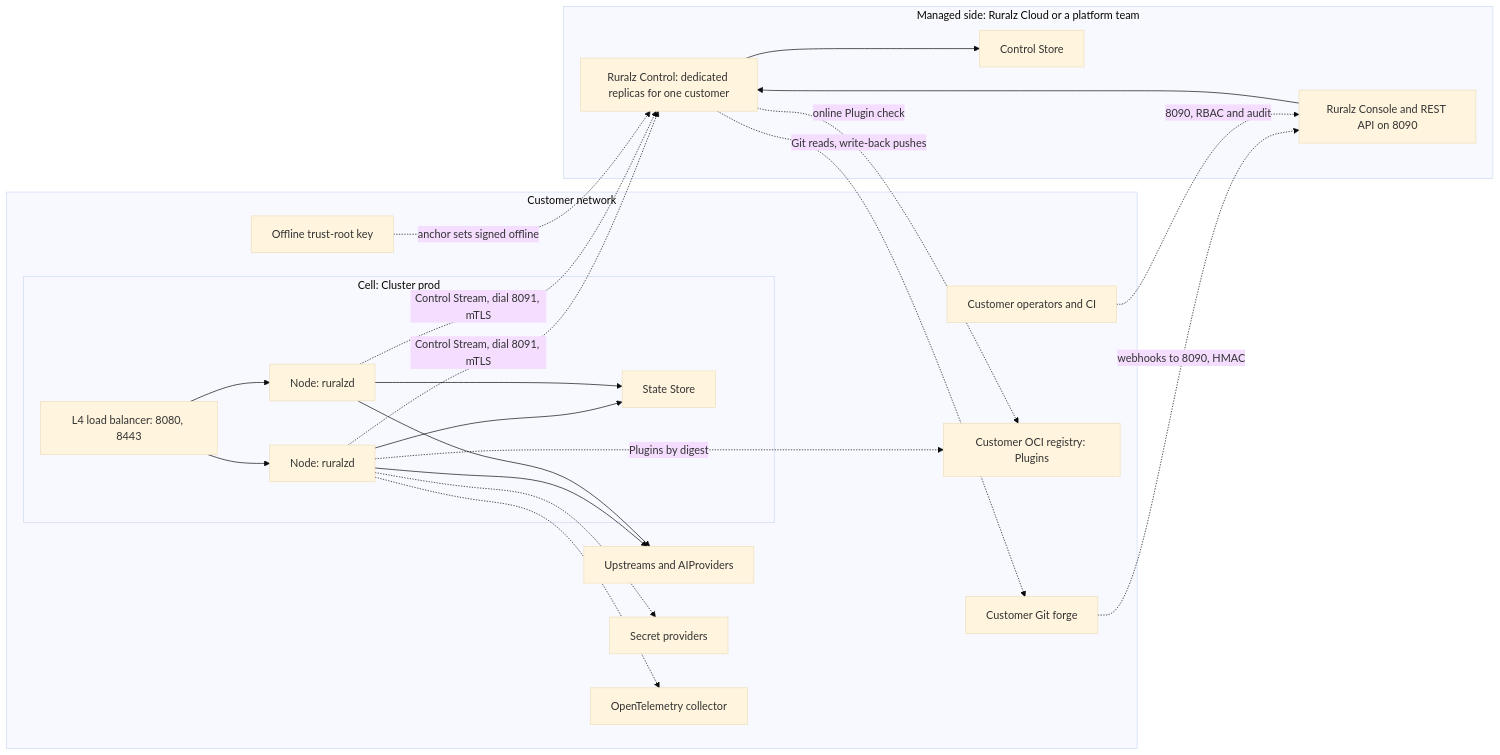
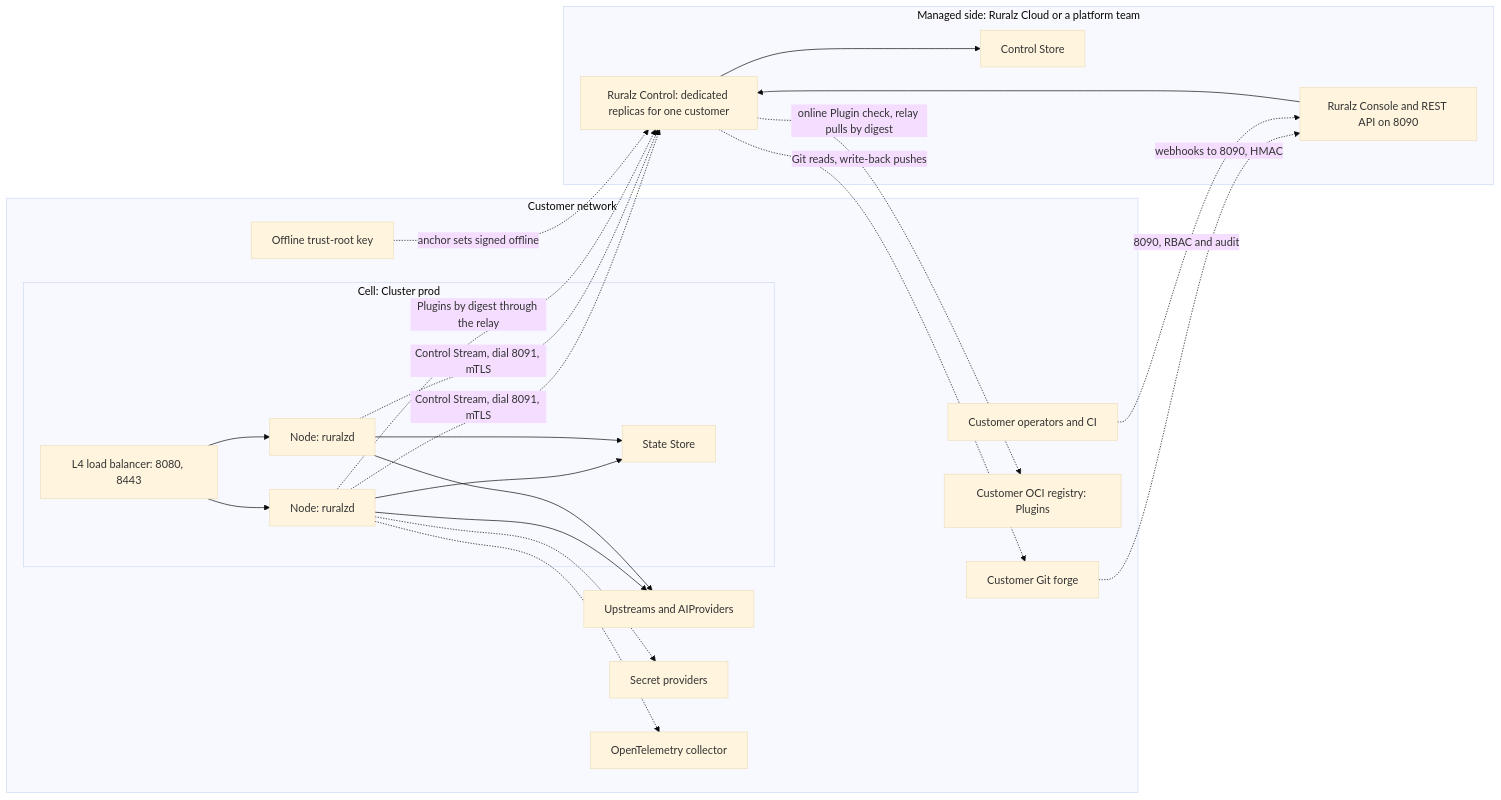
The sixth of 7 diagrams in docs/operations/01-deployment-topologies.md (ravindu-rev/ruralz), drawn with Mermaid (base theme) before and after one commit. The commit also changed other lines of this file and 11 other files, not shown here.

````diff
--- a/docs/operations/01-deployment-topologies.md
+++ b/docs/operations/01-deployment-topologies.md
@@ -333,41 +333,41 @@
 ```mermaid
 flowchart LR
     subgraph managed["Managed side: Ruralz Cloud or a platform team"]
         ctl["Ruralz Control: dedicated replicas for one customer"]
         cst["Control Store"]
         con["Ruralz Console and REST API on 8090"]
     end
     subgraph cust["Customer network"]
         subgraph cell["Cell: Cluster prod"]
             lb["L4 load balancer: 8080, 8443"]
             n1["Node: ruralzd"]
             n2["Node: ruralzd"]
             ss["State Store"]
         end
         up["Upstreams and AIProviders"]
         sp["Secret providers"]
         otel["OpenTelemetry collector"]
         root["Offline trust-root key"]
         git["Customer Git forge"]
         oci["Customer OCI registry: Plugins"]
         ops["Customer operators and CI"]
     end
     lb --> n1
     lb --> n2
     n1 --> ss
     n2 --> ss
     n1 --> up
     n2 --> up
     n1 -.-> sp
     n1 -.-> otel
     n1 -.->|"Control Stream, dial 8091, mTLS"| ctl
     n2 -.->|"Control Stream, dial 8091, mTLS"| ctl
-    n1 -.->|"Plugins by digest"| oci
+    n1 -.->|"Plugins by digest through the relay"| ctl
     ctl --> cst
     con --> ctl
     ctl -.->|"Git reads, write-back pushes"| git
     git -.->|"webhooks to 8090, HMAC"| con
-    ctl -.->|"online Plugin check"| oci
+    ctl -.->|"online Plugin check, relay pulls by digest"| oci
     ops -.->|"8090, RBAC and audit"| con
     root -.->|"anchor sets signed offline"| ctl
 ```
````
